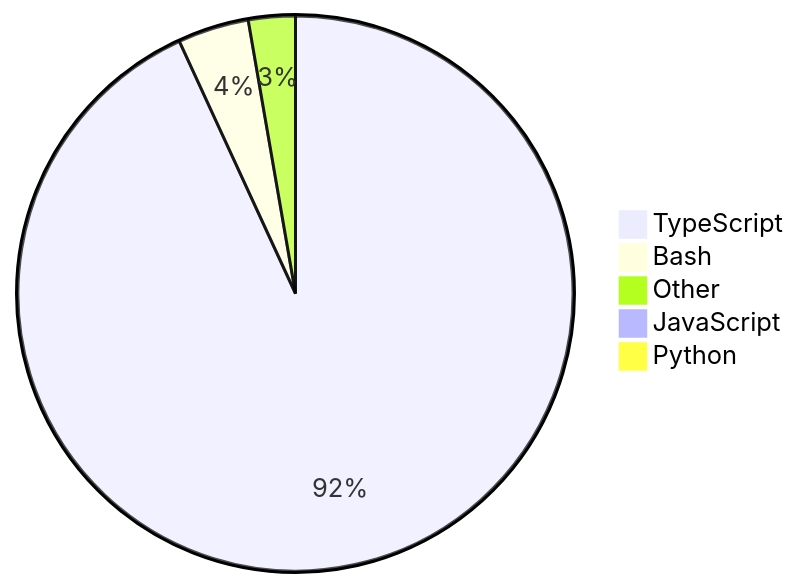
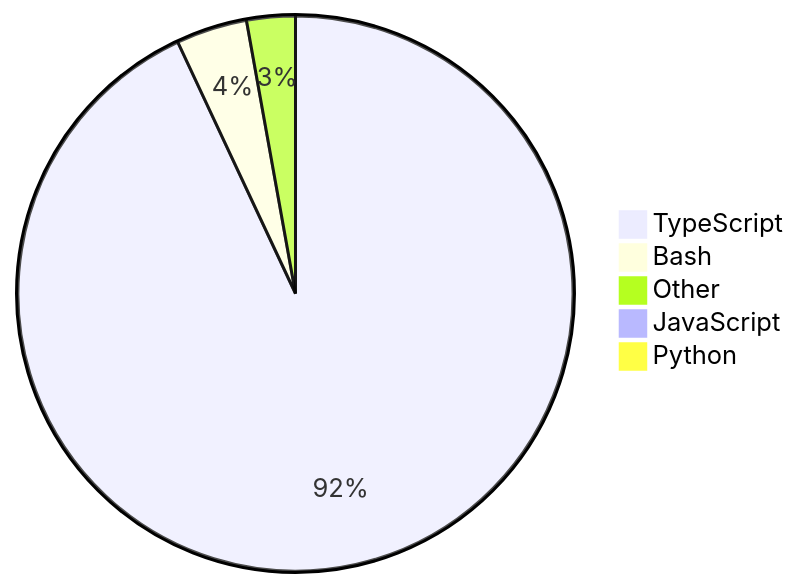
The diagram in README.md (skvggor/skvggor), drawn with Mermaid before and after one commit.

Commit message:
Updated waka-readme graph with new metrics

````diff
--- a/README.md
+++ b/README.md
@@ -14,8 +14,8 @@
 ```mermaid
 pie
-    "TypeScript" : 92.2
+    "TypeScript" : 92.1
     "Bash" : 4.1
-    "Other" : 2.7
+    "Other" : 2.8
     "JavaScript" : 0.4
-    "Python" : 0.3
+    "Python" : 0.4
 ```
````
